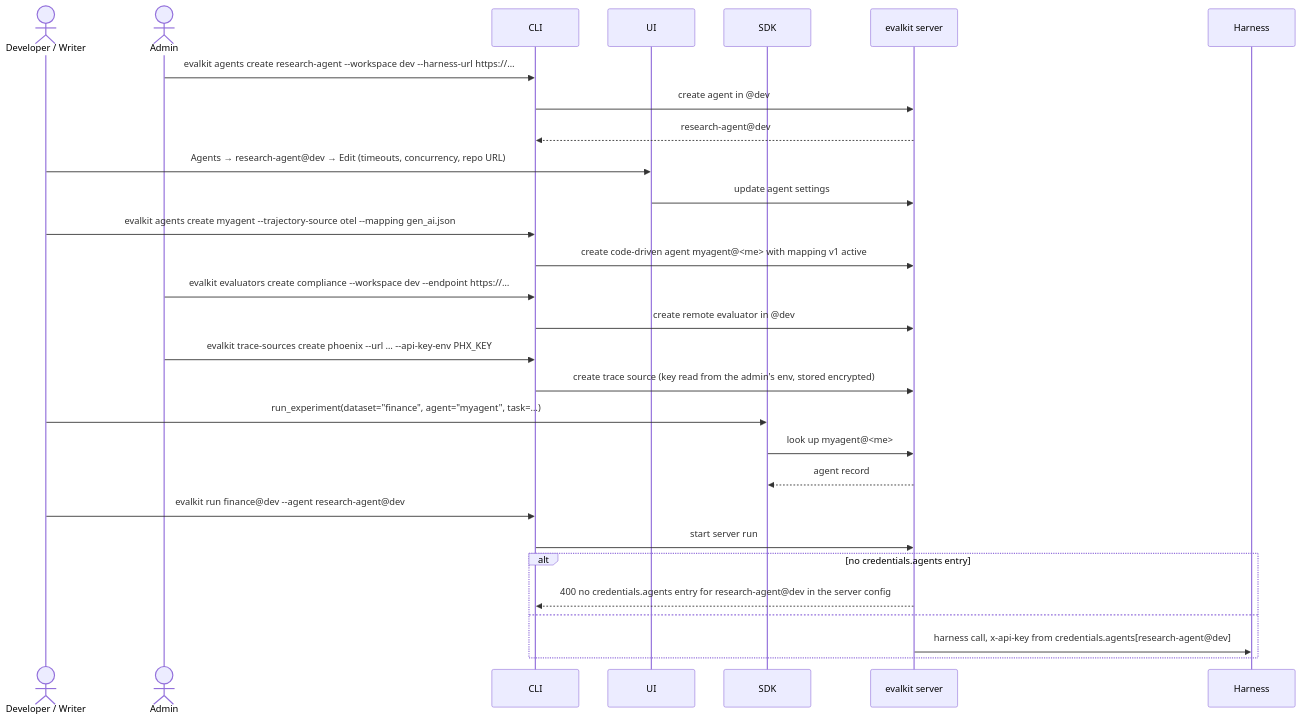
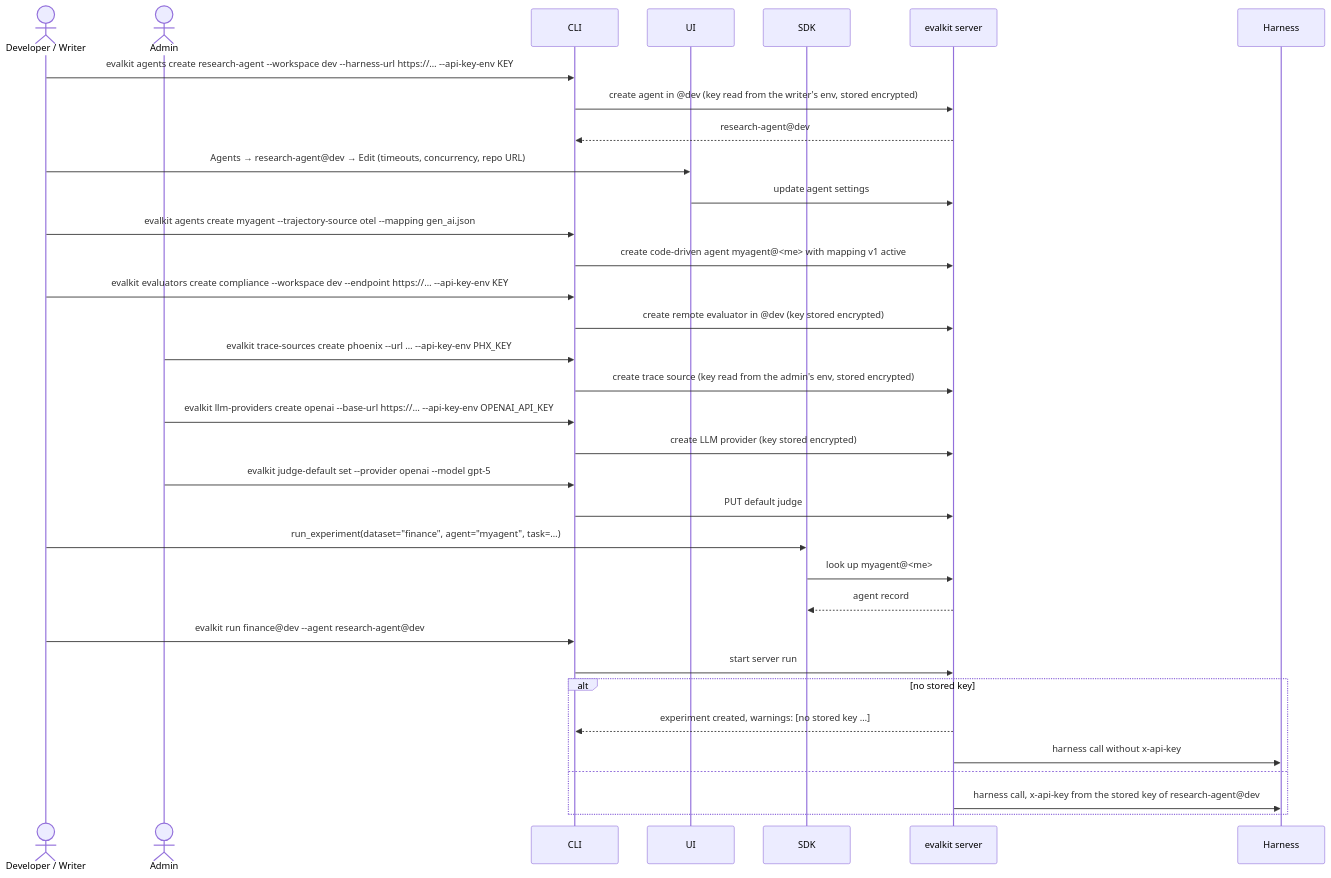
The diagram in docs/flows/17-agent-and-evaluator-admin.md (inferedge-ai/evalkit), drawn with Mermaid before and after one commit. The commit also changed other lines of this file and 110 other files, not shown here.

First line of the commit message:
Store agent, evaluator and LLM provider keys and the default judge in the database (#23)

````diff
--- a/docs/flows/17-agent-and-evaluator-admin.md
+++ b/docs/flows/17-agent-and-evaluator-admin.md
@@ -56,32 +70,37 @@
 ```mermaid
 sequenceDiagram
   actor D as Developer / Writer
   actor A as Admin
   participant CLI
   participant UI
   participant SDK
   participant S as evalkit server
   participant H as Harness
 
-  A->>CLI: evalkit agents create research-agent --workspace dev --harness-url https://…
-  CLI->>S: create agent in @dev
+  D->>CLI: evalkit agents create research-agent --workspace dev --harness-url https://… --api-key-env KEY
+  CLI->>S: create agent in @dev (key read from the writer's env, stored encrypted)
   S-->>CLI: research-agent@dev
   D->>UI: Agents → research-agent@dev → Edit (timeouts, concurrency, repo URL)
   UI->>S: update agent settings
   D->>CLI: evalkit agents create myagent --trajectory-source otel --mapping gen_ai.json
   CLI->>S: create code-driven agent myagent@<me> with mapping v1 active
-  A->>CLI: evalkit evaluators create compliance --workspace dev --endpoint https://…
-  CLI->>S: create remote evaluator in @dev
+  D->>CLI: evalkit evaluators create compliance --workspace dev --endpoint https://… --api-key-env KEY
+  CLI->>S: create remote evaluator in @dev (key stored encrypted)
   A->>CLI: evalkit trace-sources create phoenix --url … --api-key-env PHX_KEY
   CLI->>S: create trace source (key read from the admin's env, stored encrypted)
+  A->>CLI: evalkit llm-providers create openai --base-url https://… --api-key-env OPENAI_API_KEY
+  CLI->>S: create LLM provider (key stored encrypted)
+  A->>CLI: evalkit judge-default set --provider openai --model gpt-5
+  CLI->>S: PUT default judge
   D->>SDK: run_experiment(dataset="finance", agent="myagent", task=…)
   SDK->>S: look up myagent@<me>
   S-->>SDK: agent record
   D->>CLI: evalkit run finance@dev --agent research-agent@dev
   CLI->>S: start server run
-  alt no credentials.agents entry
-    S-->>CLI: 400 no credentials.agents entry for research-agent@dev in the server config
+  alt no stored key
+    S-->>CLI: experiment created, warnings: [no stored key …]
+    S->>H: harness call without x-api-key
   else
-    S->>H: harness call, x-api-key from credentials.agents[research-agent@dev]
+    S->>H: harness call, x-api-key from the stored key of research-agent@dev
   end
 ```
````
